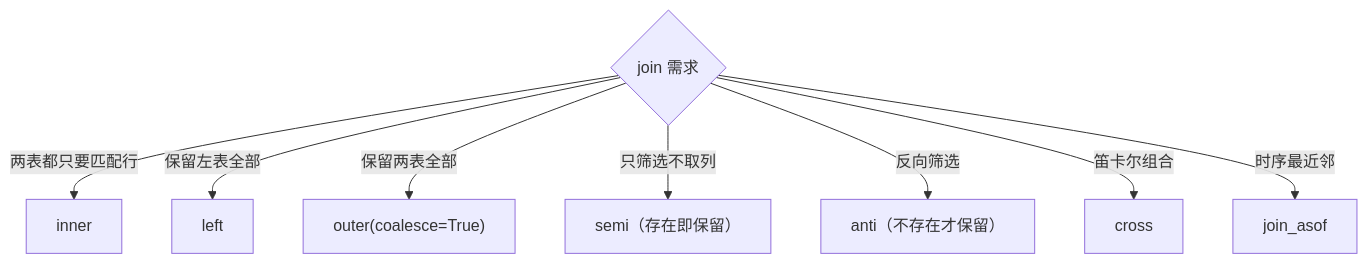
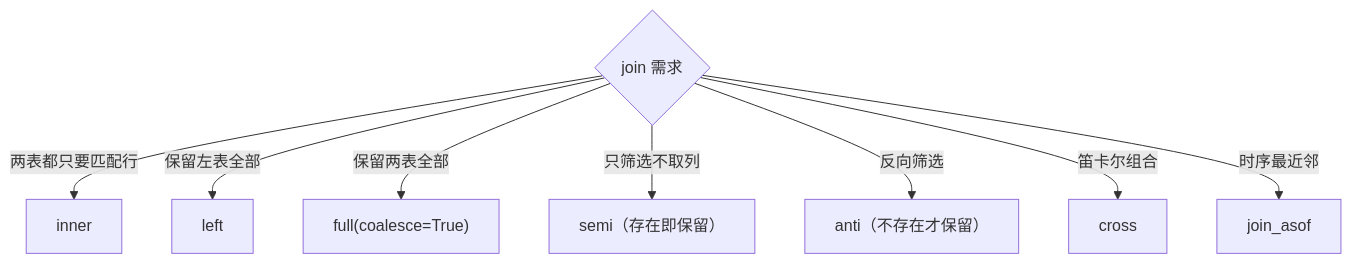
One commit to jtcheng/polars-book changed the diagram in src/chapter_10/groupby-join.md. Above: the diagram before and after it, drawn with Mermaid. The commit also changed other lines of this file and 18 other files, not shown here.

````diff
--- a/src/chapter_10/groupby-join.md
+++ b/src/chapter_10/groupby-join.md
@@ -101,10 +101,10 @@
 ```mermaid
 flowchart TD
     J{"join 需求"} -->|"两表都只要匹配行"| INNER["inner"]
     J -->|"保留左表全部"| LEFT["left"]
-    J -->|"保留两表全部"| OUTER["outer(coalesce=True)"]
+    J -->|"保留两表全部"| FULL["full(coalesce=True)"]
     J -->|"只筛选不取列"| SEMI["semi（存在即保留）"]
     J -->|"反向筛选"| ANTI["anti（不存在才保留）"]
     J -->|"笛卡尔组合"| CROSS["cross"]
     J -->|"时序最近邻"| ASOF["join_asof"]
 ```
````
